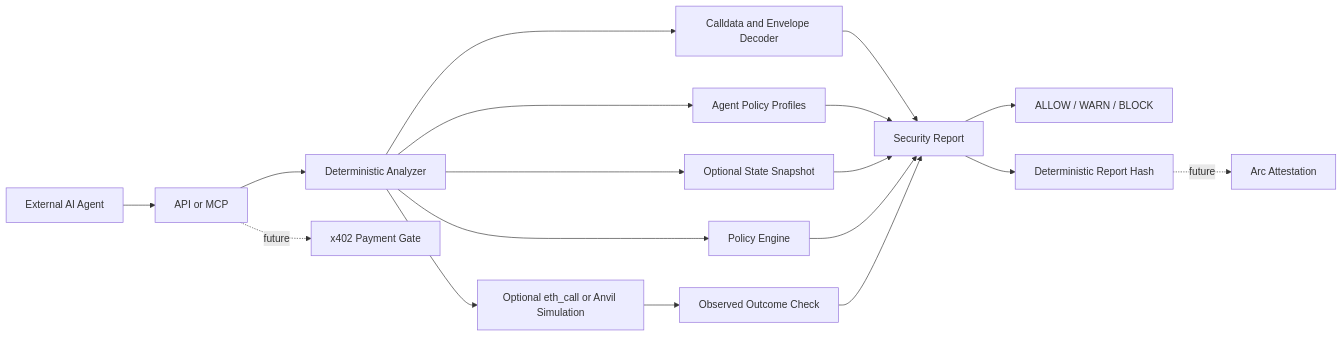
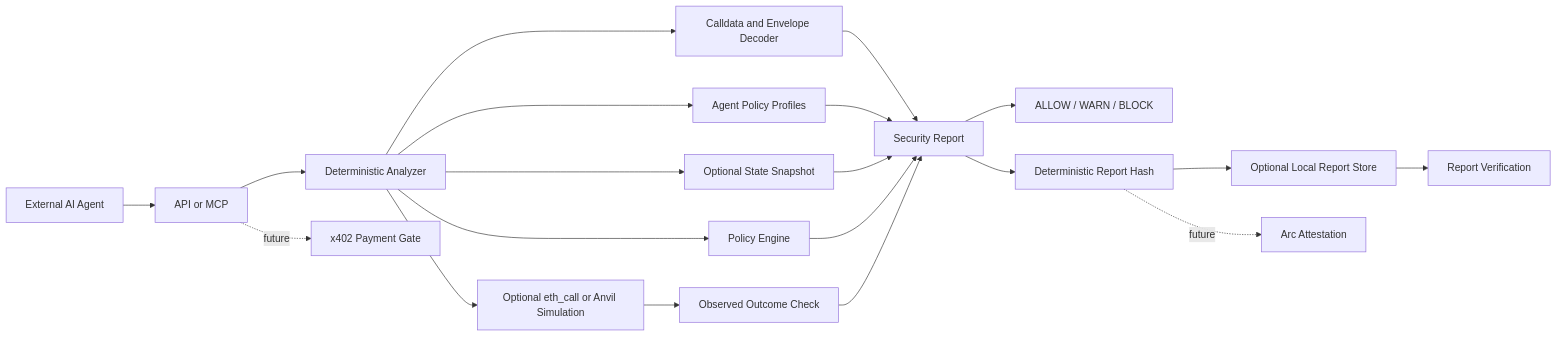
Before and after one commit to Neeraj1850/agent-warden: the diagram in README.md, drawn with Mermaid. The commit also changed other lines of this file and 26 other files, not shown here.

Commit message:
Add report audit trail and verification

````diff
--- a/README.md
+++ b/README.md
@@ -34,20 +34,22 @@
 ```mermaid
 flowchart LR
   Agent["External AI Agent"] --> Transport["API or MCP"]
   Transport --> Analyzer["Deterministic Analyzer"]
   Analyzer --> Profiles["Agent Policy Profiles"]
   Analyzer --> Decoder["Calldata and Envelope Decoder"]
   Analyzer --> State["Optional State Snapshot"]
   Analyzer --> Policy["Policy Engine"]
   Analyzer --> Simulation["Optional eth_call or Anvil Simulation"]
   Simulation --> Outcome["Observed Outcome Check"]
   Decoder --> Report["Security Report"]
   Profiles --> Report
   State --> Report
   Policy --> Report
   Outcome --> Report
   Report --> Decision["ALLOW / WARN / BLOCK"]
   Report --> Hash["Deterministic Report Hash"]
+  Hash --> Audit["Optional Local Report Store"]
+  Audit --> Verify["Report Verification"]
   Hash -. future .-> Arc["Arc Attestation"]
   Transport -. future .-> X402["x402 Payment Gate"]
 ```
````
